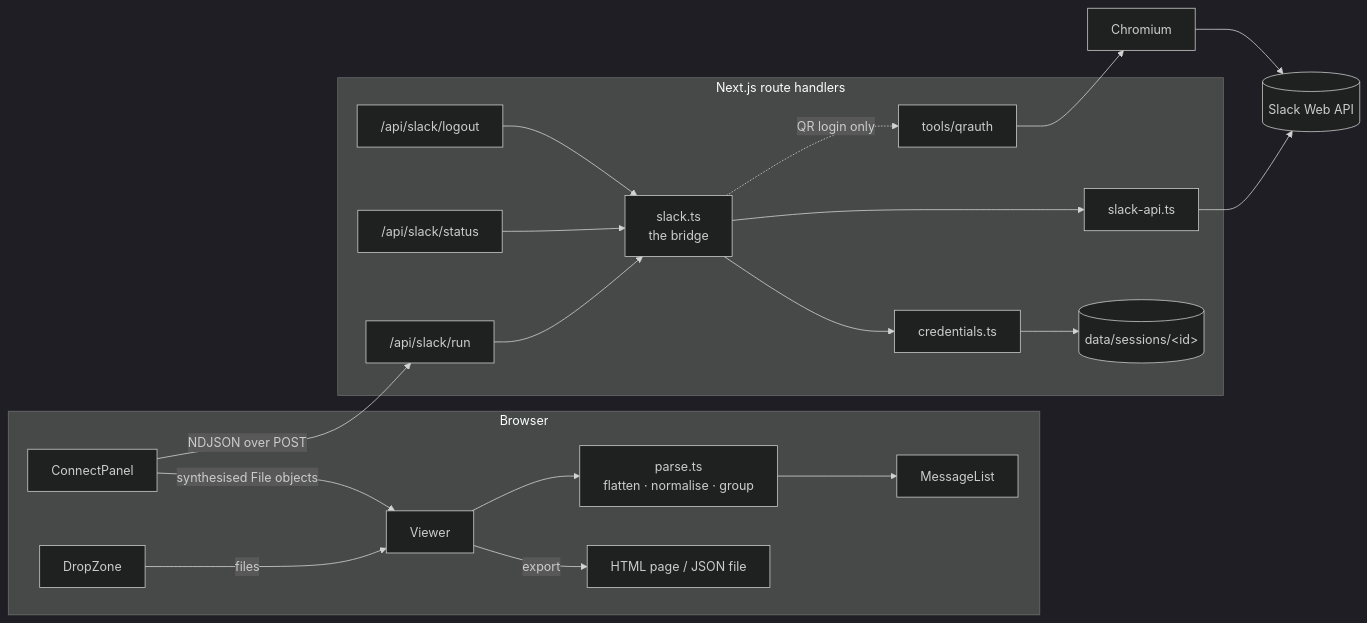
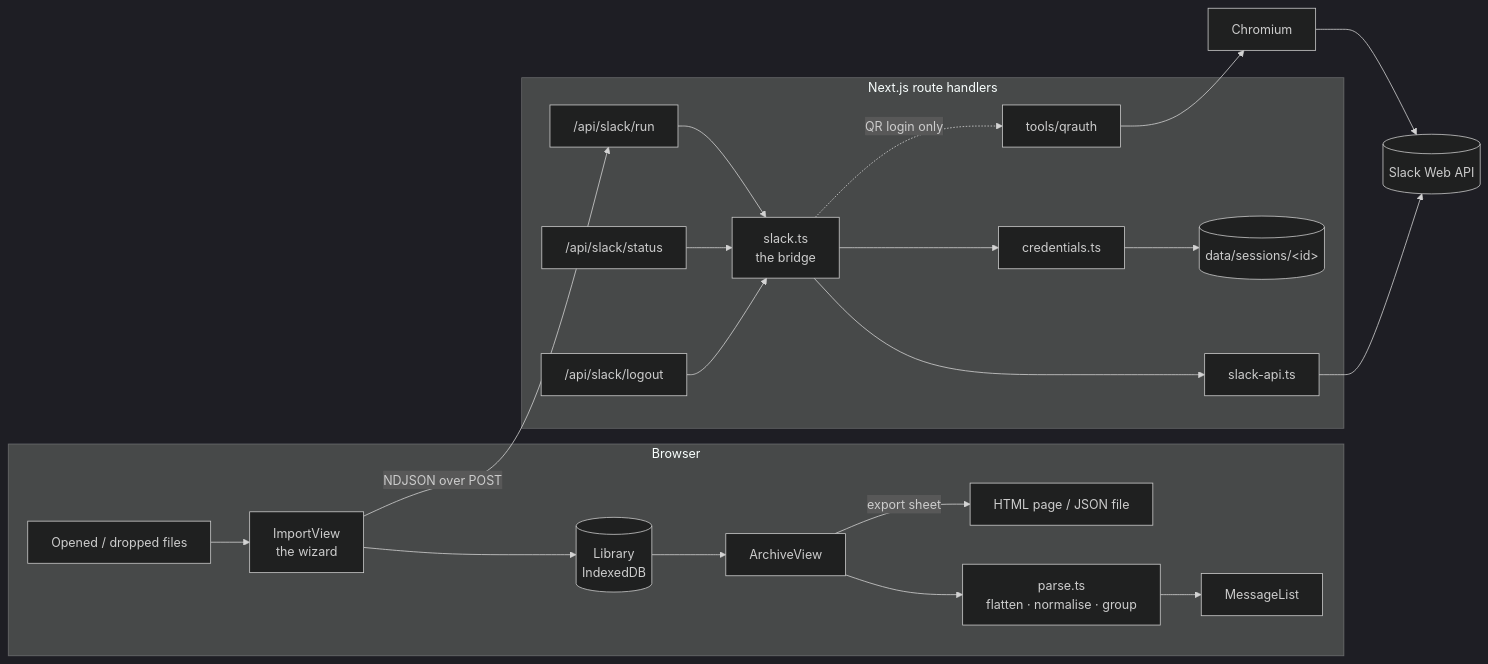
One commit to amine-abdelli/slack-json-viewer changed the first of 2 diagrams in docs/architecture.md. Above: the diagram before and after it, drawn with Mermaid (dark theme). The commit also changed other lines of this file and 54 other files, not shown here.

````diff
--- a/docs/architecture.md
+++ b/docs/architecture.md
@@ -17,24 +18,25 @@
 ```mermaid
 flowchart LR
   subgraph Browser
-    DZ[DropZone] -- files --> V[Viewer]
-    CP[ConnectPanel] -- synthesised File objects --> V
-    V --> P[parse.ts<br/>flatten · normalise · group]
+    F[Opened / dropped files] --> IV[ImportView<br/>the wizard]
+    IV --> L[("Library<br/>IndexedDB")]
+    L --> AV[ArchiveView]
+    AV --> P[parse.ts<br/>flatten · normalise · group]
     P --> ML[MessageList]
-    V -- export --> X[HTML page / JSON file]
+    AV -- export sheet --> X[HTML page / JSON file]
   end
 
   subgraph Server["Next.js route handlers"]
     RUN["/api/slack/run"] --> B[slack.ts<br/>the bridge]
     ST["/api/slack/status"] --> B
     LO["/api/slack/logout"] --> B
     B --> API[slack-api.ts]
     B --> CR[credentials.ts]
     CR --> D[("data/sessions/&lt;id&gt;")]
     B -. QR login only .-> Q[tools/qrauth]
   end
 
-  CP -- "NDJSON over POST" --> RUN
+  IV -- "NDJSON over POST" --> RUN
   API --> S[(Slack Web API)]
   Q --> C[Chromium] --> S
 ```
````
